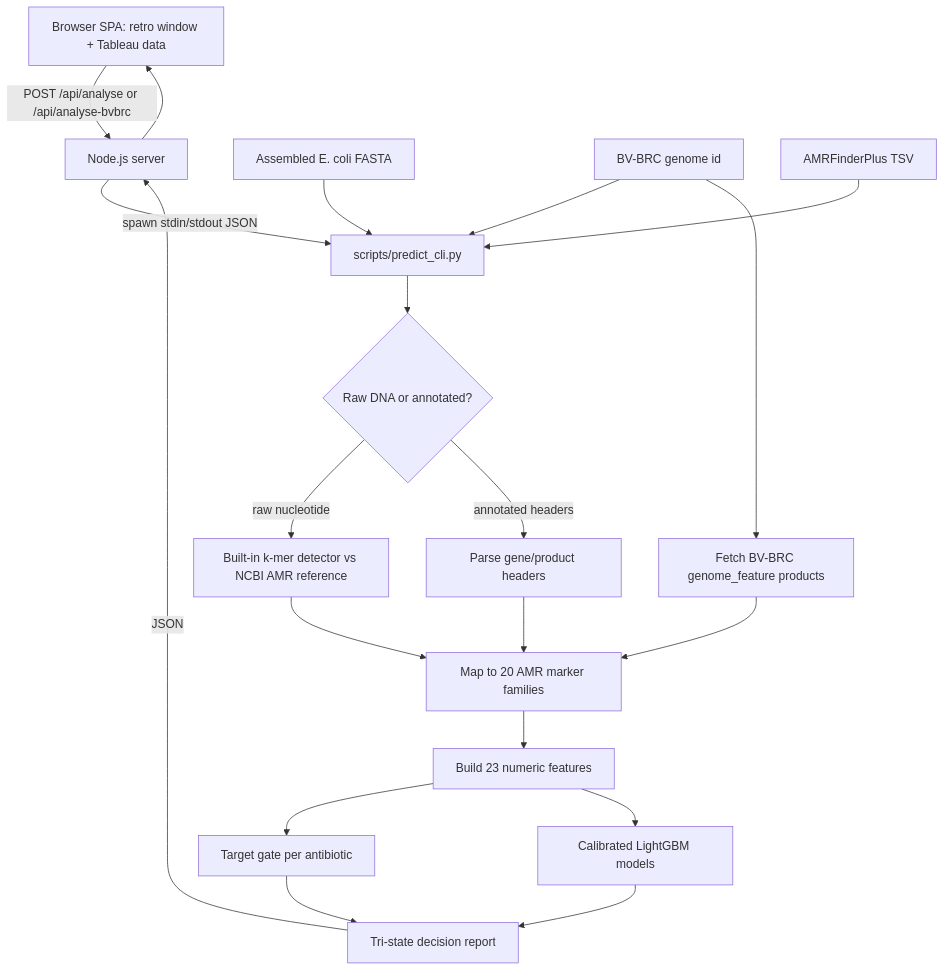
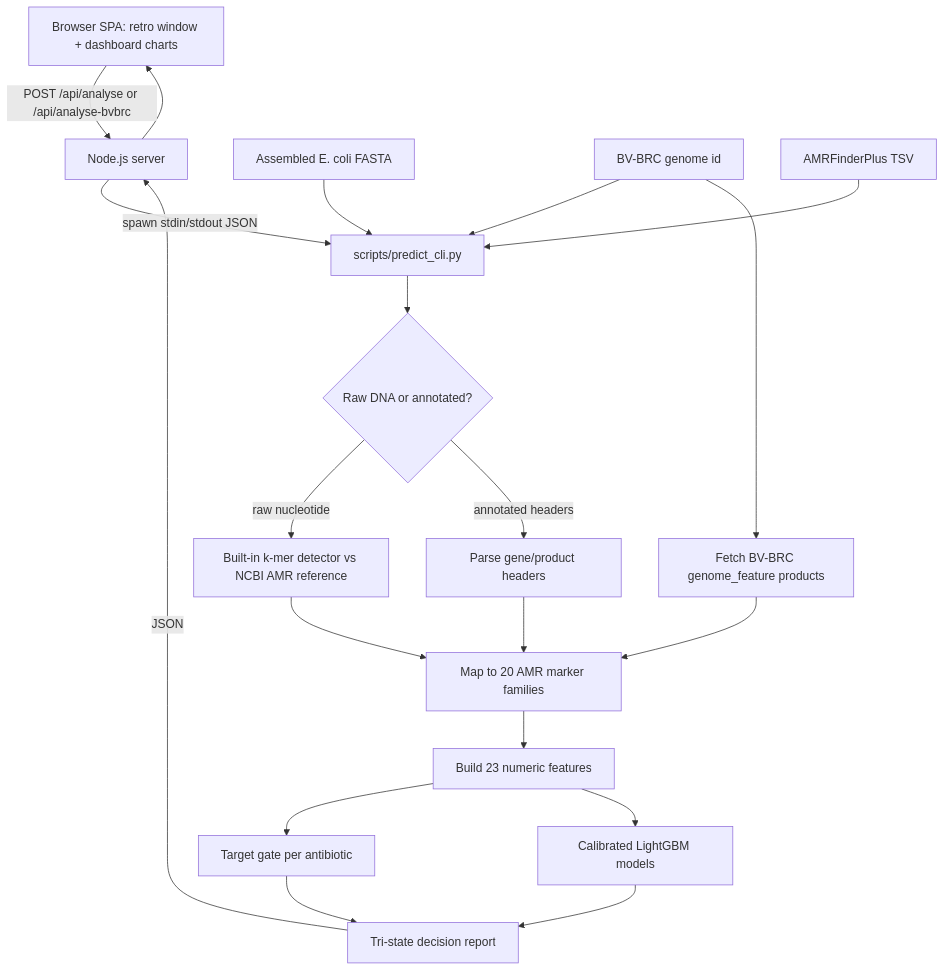
The diagram in README.md (Akashsinghpanwar/hackNation), drawn with Mermaid before and after one commit. The commit also changed other lines of this file, not shown here.

Commit message:
docs: remove misleading Tableau references (UI is custom HTML/CSS, no BI tool)

````diff
--- a/README.md
+++ b/README.md
@@ -18,21 +19,21 @@
 ```mermaid
 flowchart TD
-    UI[Browser SPA: retro window + Tableau data] -->|POST /api/analyse or /api/analyse-bvbrc| N[Node.js server]
+    UI[Browser SPA: retro window + dashboard charts] -->|POST /api/analyse or /api/analyse-bvbrc| N[Node.js server]
     N -->|spawn stdin/stdout JSON| P[scripts/predict_cli.py]
     A[Assembled E. coli FASTA] --> P
     F[BV-BRC genome id] --> P
     T[AMRFinderPlus TSV] --> P
     P --> C{Raw DNA or annotated?}
     C -->|raw nucleotide| K1[Built-in k-mer detector vs NCBI AMR reference]
     C -->|annotated headers| K2[Parse gene/product headers]
     F --> K3[Fetch BV-BRC genome_feature products]
     K1 --> H[Map to 20 AMR marker families]
     K2 --> H
     K3 --> H
     H --> V[Build 23 numeric features]
     V --> G[Target gate per antibiotic]
     V --> M[Calibrated LightGBM models]
     G --> R[Tri-state decision report]
     M --> R
     R -->|JSON| N --> UI
 ```
````
